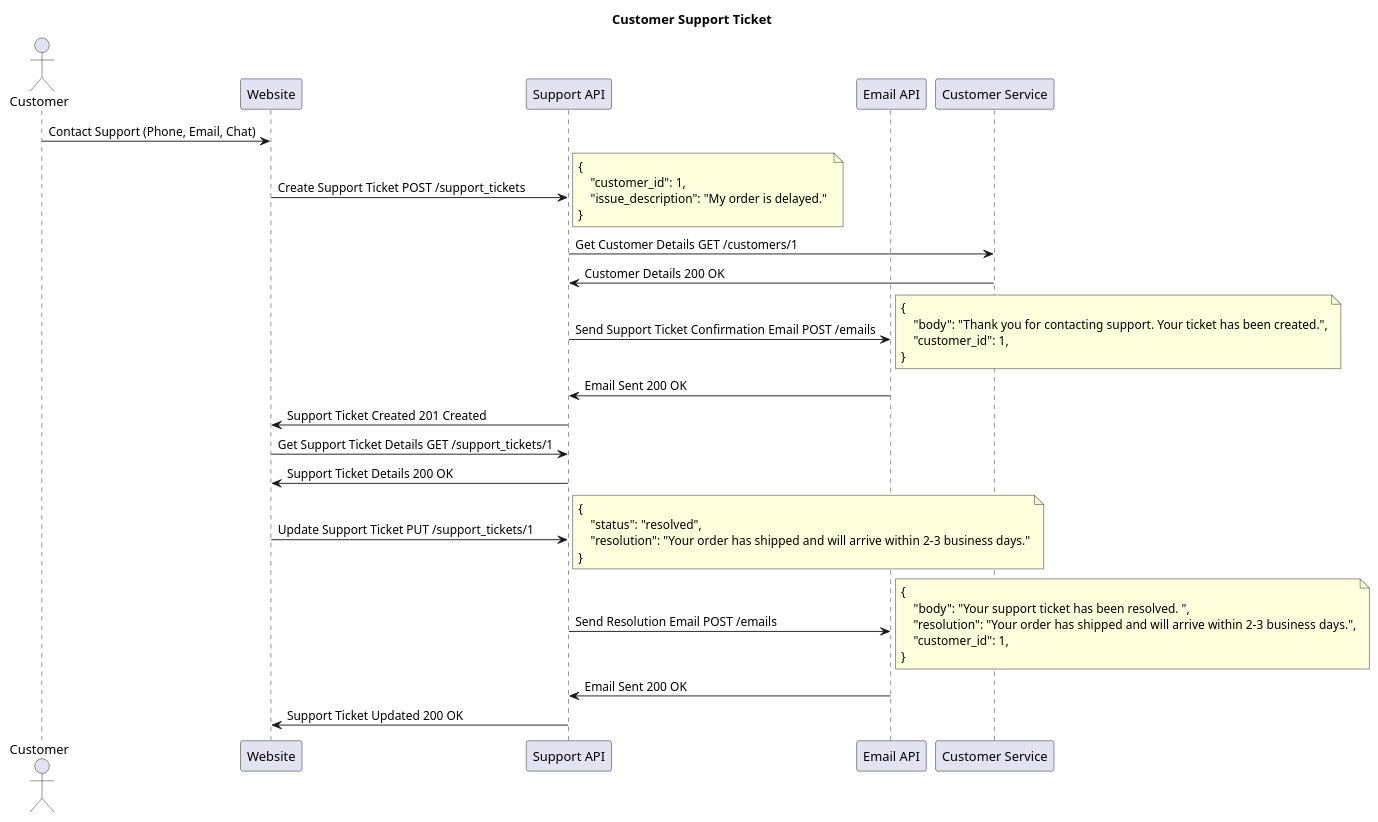
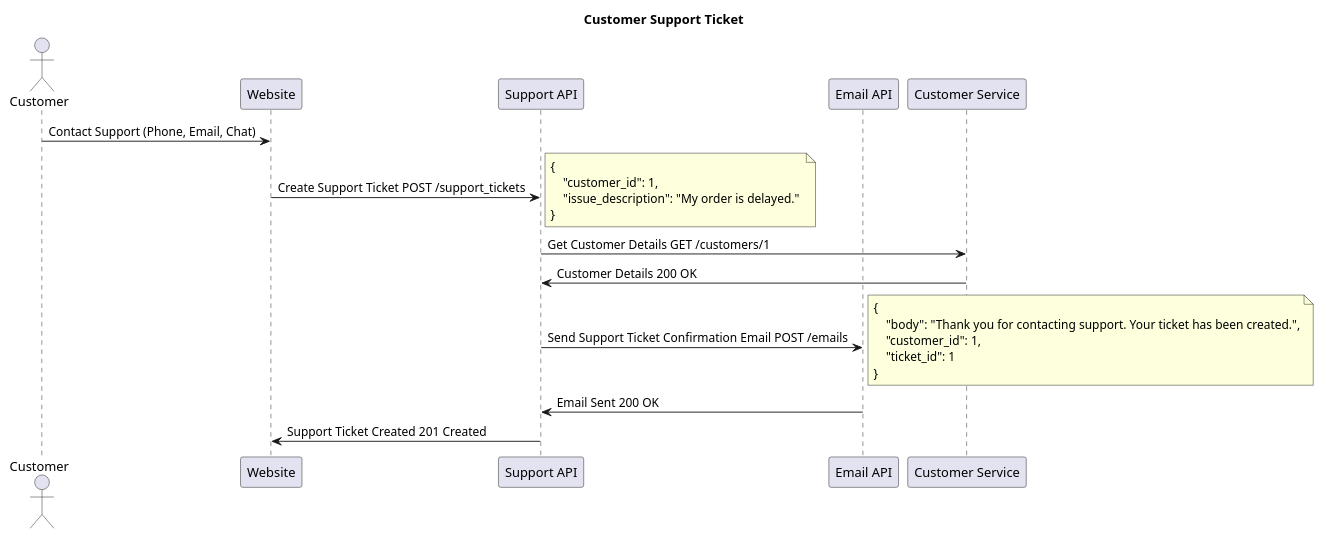
The diagram in architecture/sequence-diagrams/Customer Support Ticket.md (jjoneson/workforce-demo-scratch), drawn with PlantUML before and after one commit.

Commit message:
Updated by Workflow

````diff
--- a/architecture/sequence-diagrams/Customer Support Ticket.md
+++ b/architecture/sequence-diagrams/Customer Support Ticket.md
@@ -2,52 +2,32 @@
 ```plantuml
 @startuml Customer Support Ticket
 title Customer Support Ticket
 actor Customer
 participant Website
 participant SupportAPI as "Support API"
 participant EmailAPI as "Email API"
 participant CustomerService as "Customer Service"
 
 Customer -> Website: Contact Support (Phone, Email, Chat)
 Website -> SupportAPI: Create Support Ticket POST /support_tickets
 note right
 {
     "customer_id": 1,
     "issue_description": "My order is delayed." 
 }
 end note
 SupportAPI -> CustomerService: Get Customer Details GET /customers/1
 CustomerService -> SupportAPI: Customer Details 200 OK
 SupportAPI -> EmailAPI: Send Support Ticket Confirmation Email POST /emails
 note right
 {
     "body": "Thank you for contacting support. Your ticket has been created.",
     "customer_id": 1,
-} 
+    "ticket_id": 1
+}
 end note
 EmailAPI -> SupportAPI: Email Sent 200 OK
 SupportAPI -> Website: Support Ticket Created 201 Created
 
-Website -> SupportAPI: Get Support Ticket Details GET /support_tickets/1
-SupportAPI -> Website: Support Ticket Details 200 OK
-
-Website -> SupportAPI: Update Support Ticket PUT /support_tickets/1
-note right 
-{
-    "status": "resolved",
-    "resolution": "Your order has shipped and will arrive within 2-3 business days."
-}
-end note
-SupportAPI -> EmailAPI: Send Resolution Email POST /emails
-note right
-{
-    "body": "Your support ticket has been resolved. ",
-    "resolution": "Your order has shipped and will arrive within 2-3 business days.",
-    "customer_id": 1,
-}
-end note
-EmailAPI -> SupportAPI: Email Sent 200 OK
-SupportAPI -> Website: Support Ticket Updated 200 OK
-
 @enduml
 ```
````
